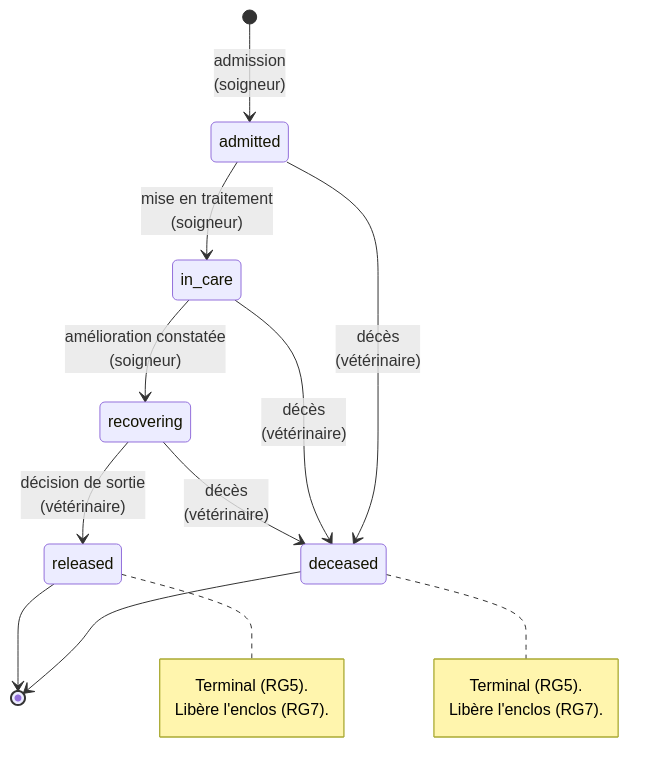
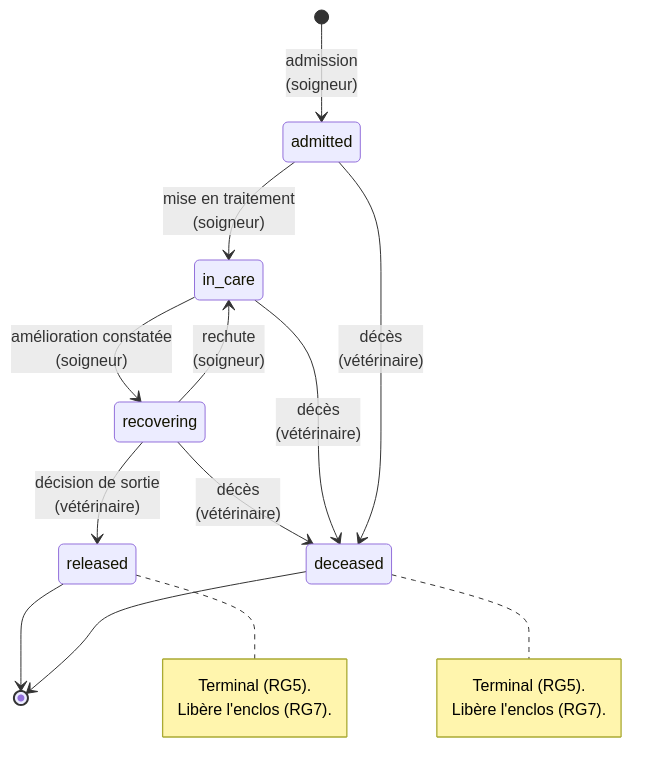
Before and after one commit to iremchabanne/centre-khulula: the fourth of 4 diagrams in docs/conception/arborescence-ecrans.md, drawn with Mermaid. The commit also changed other lines of this file and 12 other files, not shown here.

````diff
--- a/docs/conception/arborescence-ecrans.md
+++ b/docs/conception/arborescence-ecrans.md
@@ -253,22 +258,23 @@
 ```mermaid
 stateDiagram-v2
     [*] --> admitted : admission<br/>(soigneur)
     admitted --> in_care : mise en traitement<br/>(soigneur)
     in_care --> recovering : amélioration constatée<br/>(soigneur)
+    recovering --> in_care : rechute<br/>(soigneur)
     recovering --> released : décision de sortie<br/>(vétérinaire)
     recovering --> deceased : décès<br/>(vétérinaire)
     in_care --> deceased : décès<br/>(vétérinaire)
     admitted --> deceased : décès<br/>(vétérinaire)
     released --> [*]
     deceased --> [*]
 
     note right of released
         Terminal (RG5).
         Libère l'enclos (RG7).
     end note
 
     note right of deceased
         Terminal (RG5).
         Libère l'enclos (RG7).
     end note
 ```
````
